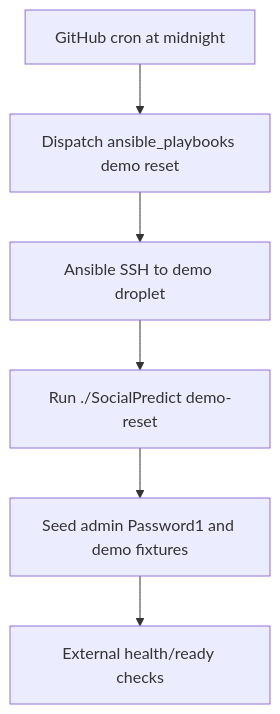
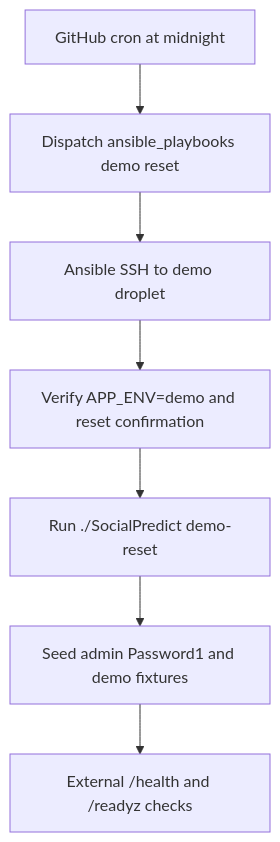
One commit to openpredictionmarkets/socialpredict changed the second of 2 diagrams in README/PRODUCTION-NOTES/FEATURES/02/DESIGN.md. Above: the diagram before and after it, drawn with Mermaid. The commit also changed other lines of this file and 2 other files, not shown here.

Commit message:
docs: clarify resettable demo design decisions

````diff
--- a/README/PRODUCTION-NOTES/FEATURES/02/DESIGN.md
+++ b/README/PRODUCTION-NOTES/FEATURES/02/DESIGN.md
@@ -160,8 +200,9 @@
 ```mermaid
 flowchart TD
     Schedule["GitHub cron at midnight"] --> Dispatch["Dispatch ansible_playbooks demo reset"]
     Dispatch --> SSH["Ansible SSH to demo droplet"]
-    SSH --> Reset["Run ./SocialPredict demo-reset"]
+    SSH --> Guard["Verify APP_ENV=demo and reset confirmation"]
+    Guard --> Reset["Run ./SocialPredict demo-reset"]
     Reset --> Seed["Seed admin Password1 and demo fixtures"]
-    Seed --> Verify["External health/ready checks"]
+    Seed --> Verify["External /health and /readyz checks"]
 ```
````
